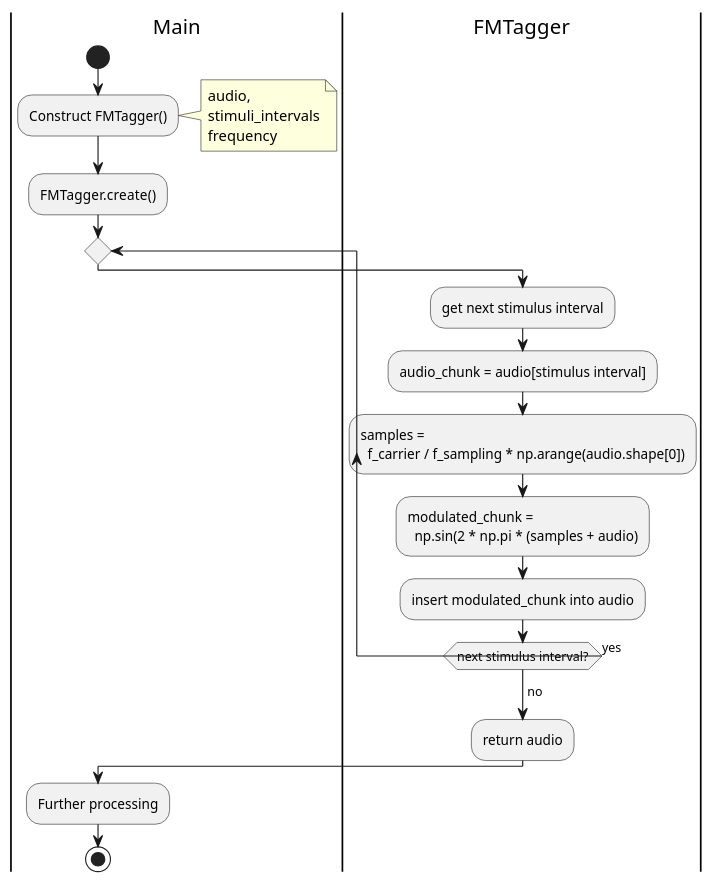
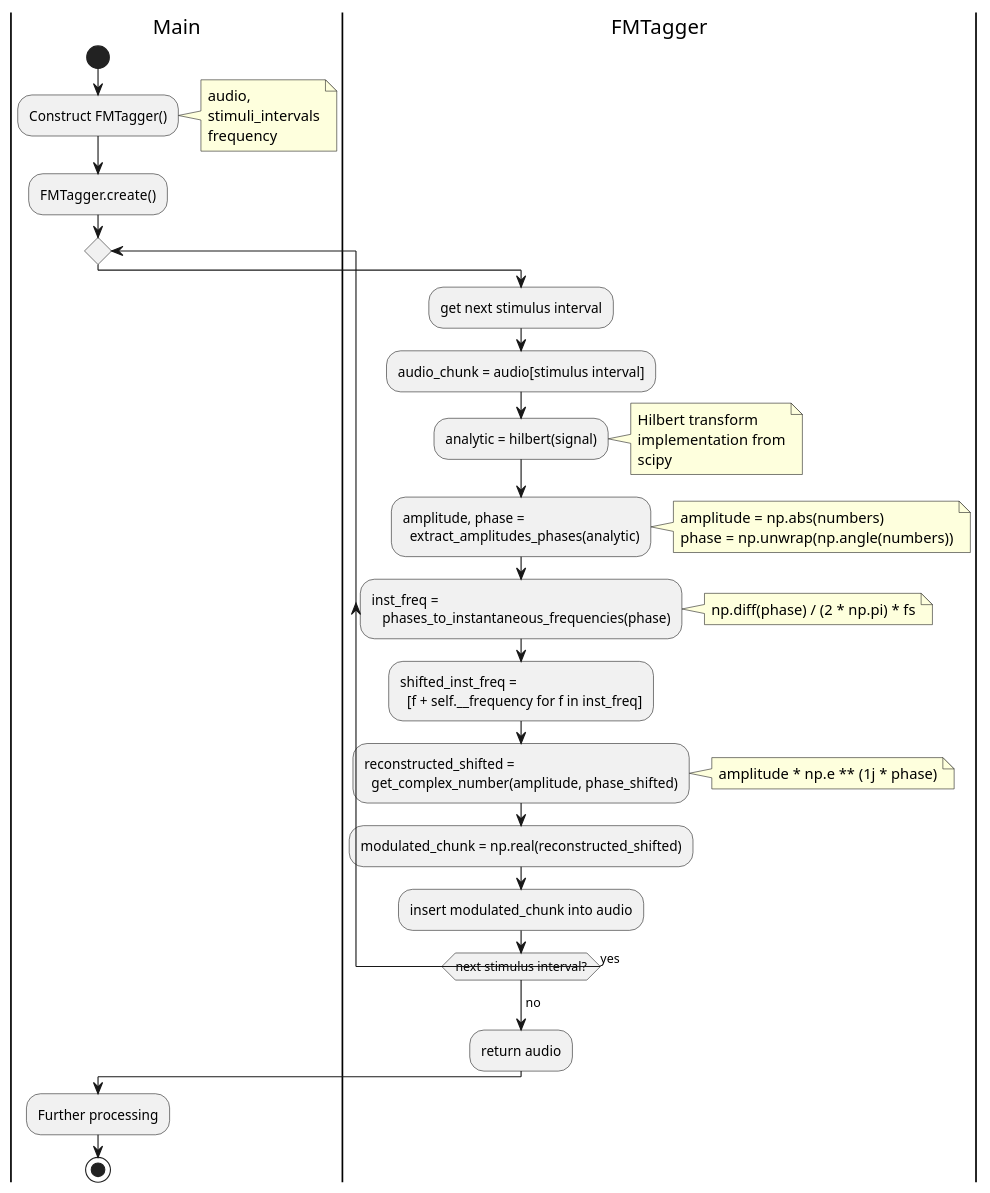
The diagram in diagrams/plantuml/activity/assr_fm_tagger.puml (michalrzak/auditory-intention-decoding), drawn with PlantUML before and after one commit. The commit also changed 17 other files, not shown here.

```diff
--- a/diagrams/plantuml/activity/assr_fm_tagger.puml
+++ b/diagrams/plantuml/activity/assr_fm_tagger.puml
@@ -1,34 +1,57 @@
 @startuml
 'https://plantuml.com/activity-diagram-beta
 
 |Main|
 start
 :Construct FMTagger();
 note right
     audio,
     stimuli_intervals
     frequency
 end note
 
 :FMTagger.create();
 
 repeat
     |FMTagger|
     :get next stimulus interval;
+    :audio_chunk = audio[stimulus interval];
 
-    :audio_chunk = audio[stimulus interval];
-    :samples =
-      f_carrier / f_sampling * np.arange(audio.shape[0]);
-    :modulated_chunk =
-      np.sin(2 * np.pi * (samples + audio);
+    :analytic = hilbert(signal);
+    note right
+        Hilbert transform
+        implementation from
+        scipy
+    end note
+    :amplitude, phase =
+      extract_amplitudes_phases(analytic);
+    note right
+        amplitude = np.abs(numbers)
+        phase = np.unwrap(np.angle(numbers))
+    end note
+
+    :inst_freq =
+       phases_to_instantaneous_frequencies(phase);
+    note right
+        np.diff(phase) / (2 * np.pi) * fs
+    end note
+    :shifted_inst_freq =
+      [f + self.__frequency for f in inst_freq];
+    :reconstructed_shifted =
+      get_complex_number(amplitude, phase_shifted);
+    note right
+        amplitude * np.e ** (1j * phase)
+    end note
+
+    :modulated_chunk = np.real(reconstructed_shifted);
     :insert modulated_chunk into audio;
 repeat while(next stimulus interval?) is (yes)
 ->no;
 :return audio;
 
 |Main|
 :Further processing;
 stop
 
 
 @enduml
```
